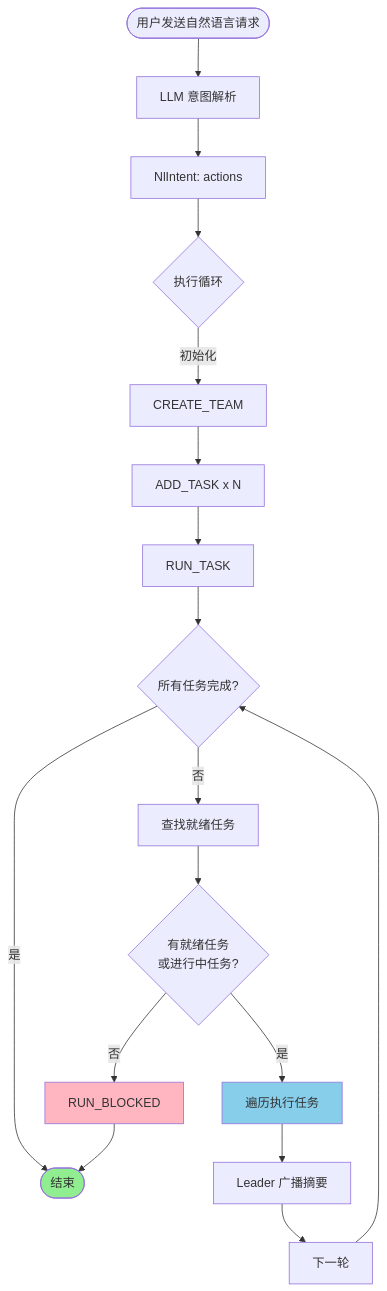
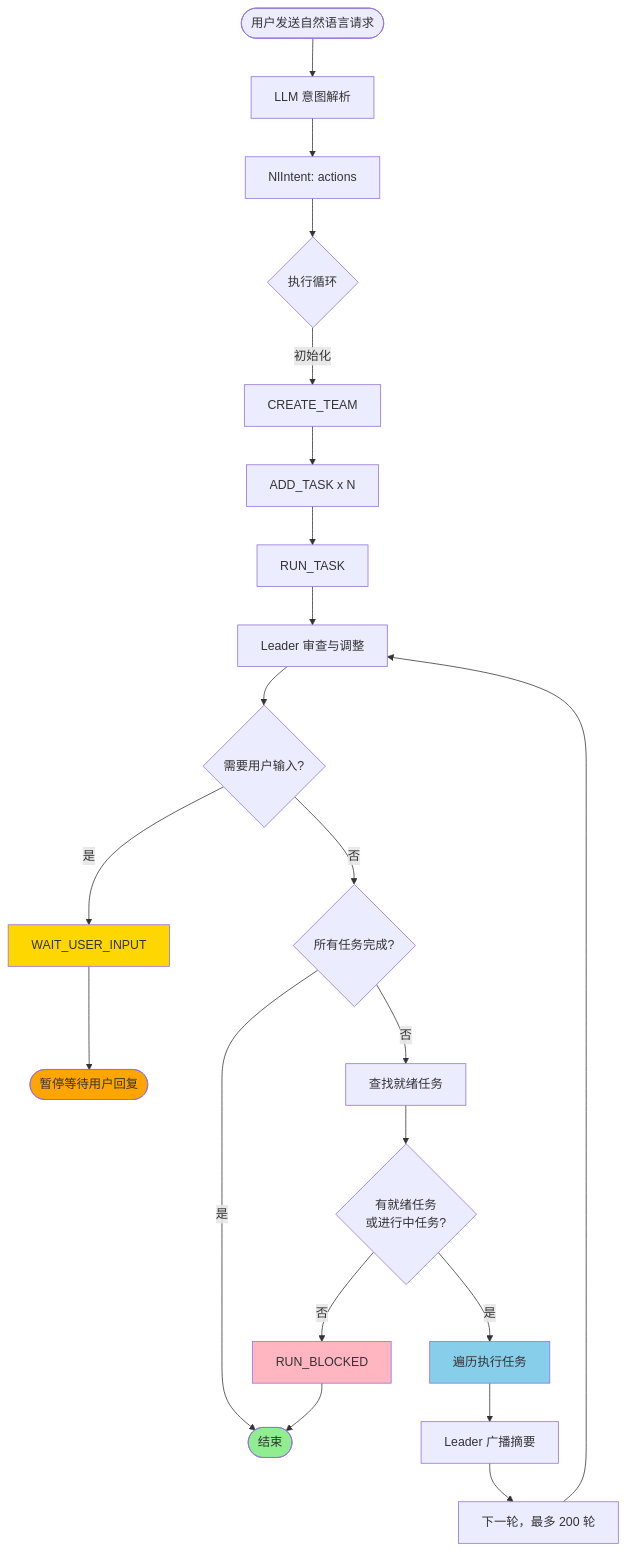
The fifth of 8 diagrams in rag-agent-teams/docs/DESIGN.md (gengzi/rag), drawn with Mermaid before and after one commit. The commit also changed other lines of this file and 8 other files, not shown here.

````diff
--- a/rag-agent-teams/docs/DESIGN.md
+++ b/rag-agent-teams/docs/DESIGN.md
@@ -579,29 +645,37 @@
 ```mermaid
 flowchart TD
     Start([用户发送自然语言请求]) --> Parse[LLM 意图解析]
     Parse --> Intent[NlIntent: actions]
 
     Intent --> Loop{执行循环}
     Loop -->|初始化| CreateTeam[CREATE_TEAM]
     CreateTeam --> AddTasks[ADD_TASK x N]
     AddTasks --> AutoRun[RUN_TASK]
 
-    AutoRun --> CheckEnd{所有任务完成?}
+    AutoRun --> LeaderReview[Leader 审查与调整]
+
+    LeaderReview --> NeedInput{需要用户输入?}
+    NeedInput -->|是| WaitInput[WAIT_USER_INPUT]
+    WaitInput --> Pause([暂停等待用户回复])
+
+    NeedInput -->|否| CheckEnd{所有任务完成?}
 
     CheckEnd -->|是| Done([结束])
     CheckEnd -->|否| FindReady[查找就绪任务]
 
     FindReady --> ReadyList{有就绪任务<br/>或进行中任务?}
 
     ReadyList -->|否| Blocked[RUN_BLOCKED]
     Blocked --> Done
 
     ReadyList -->|是| ExecuteTasks[遍历执行任务]
     ExecuteTasks --> Broadcast[Leader 广播摘要]
-    Broadcast --> NextRound[下一轮]
-    NextRound --> CheckEnd
+    Broadcast --> NextRound[下一轮，最多 200 轮]
+    NextRound --> LeaderReview
 
     style Done fill:#90EE90
     style Blocked fill:#FFB6C1
     style ExecuteTasks fill:#87CEEB
+    style Pause fill:#FFA500
+    style WaitInput fill:#FFD700
 ```
````
